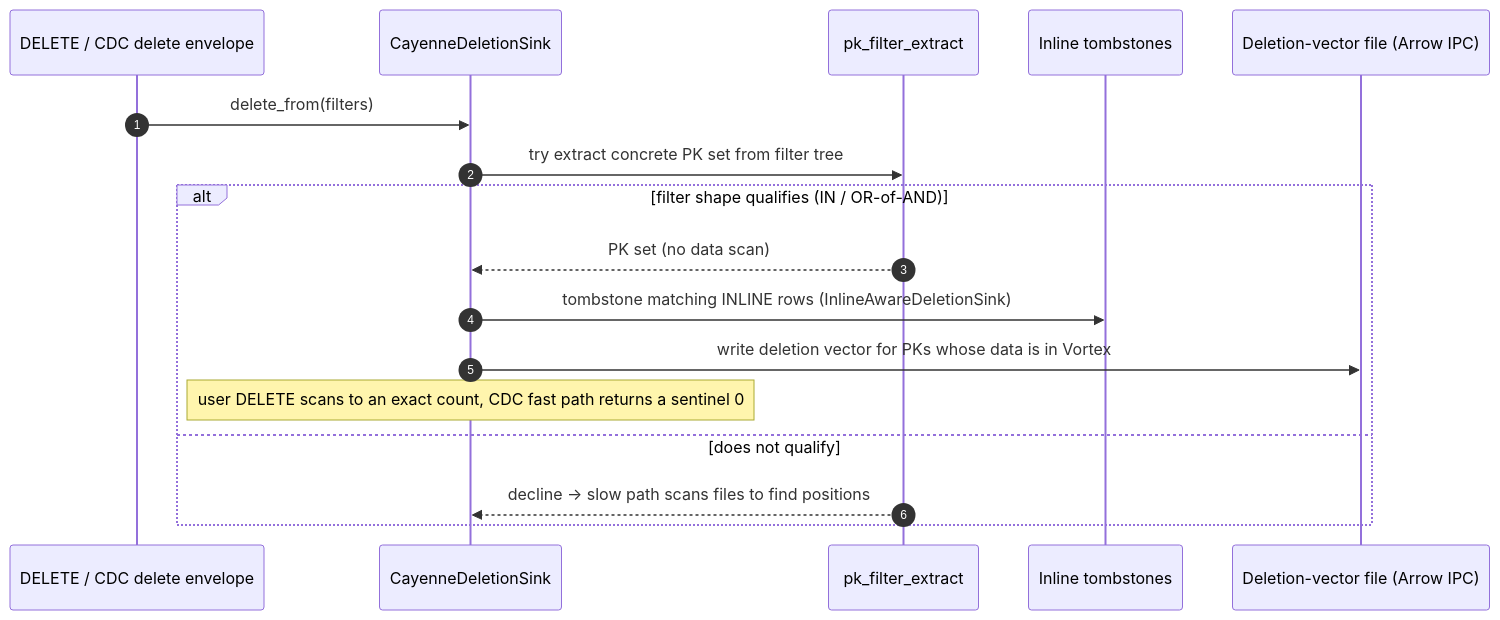
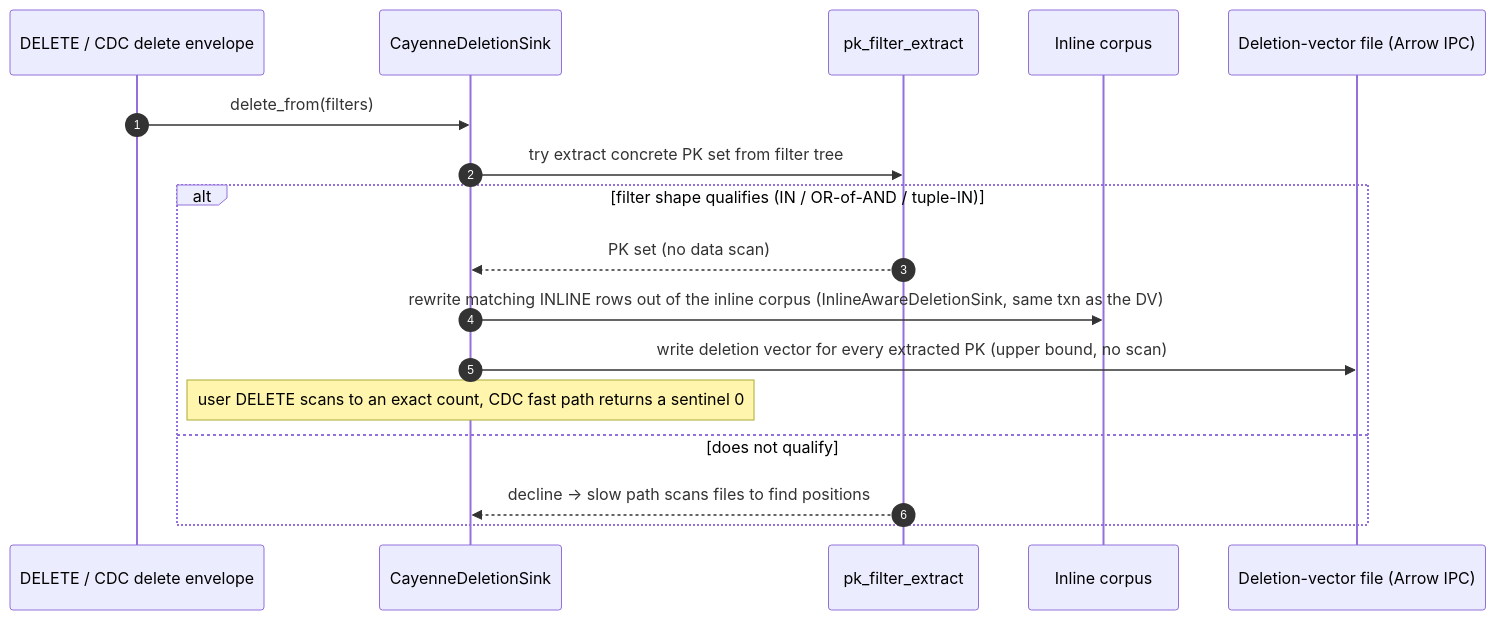
One commit to spiceai/spiceai changed diagram 15 of 22 in docs/cayenne/cayenne.md. Above: the diagram before and after it, drawn with Mermaid. The commit also changed other lines of this file and 3 other files, not shown here.

````diff
--- a/docs/cayenne/cayenne.md
+++ b/docs/cayenne/cayenne.md
@@ -975,20 +979,20 @@
 ```mermaid
 sequenceDiagram
     autonumber
     participant SQL as DELETE / CDC delete envelope
     participant SINK as CayenneDeletionSink
     participant EX as pk_filter_extract
-    participant L0 as Inline tombstones
+    participant L0 as Inline corpus
     participant DV as Deletion-vector file (Arrow IPC)
 
     SQL->>SINK: delete_from(filters)
     SINK->>EX: try extract concrete PK set from filter tree
-    alt filter shape qualifies (IN / OR-of-AND)
+    alt filter shape qualifies (IN / OR-of-AND / tuple-IN)
         EX-->>SINK: PK set (no data scan)
-        SINK->>L0: tombstone matching INLINE rows (InlineAwareDeletionSink)
-        SINK->>DV: write deletion vector for PKs whose data is in Vortex
+        SINK->>L0: rewrite matching INLINE rows out of the inline corpus (InlineAwareDeletionSink, same txn as the DV)
+        SINK->>DV: write deletion vector for every extracted PK (upper bound, no scan)
         Note over SINK: user DELETE scans to an exact count, CDC fast path returns a sentinel 0
     else does not qualify
         EX-->>SINK: decline → slow path scans files to find positions
     end
 ```
````
